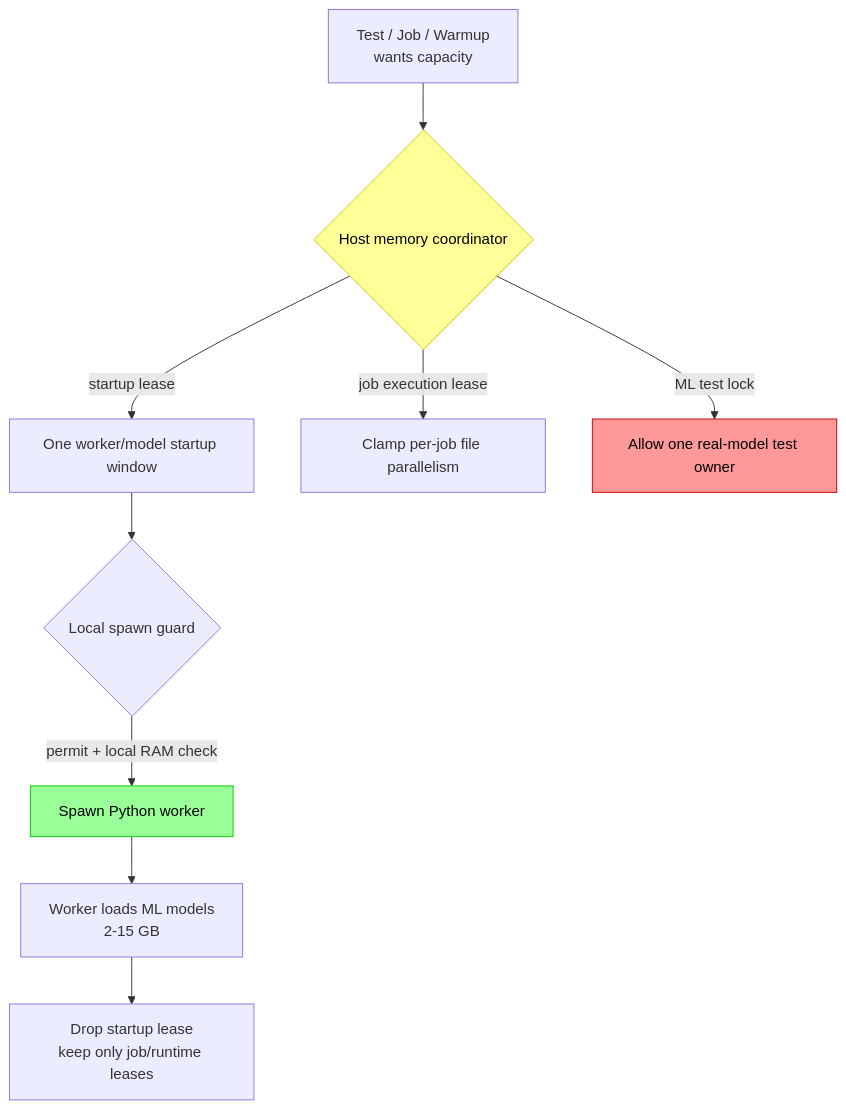
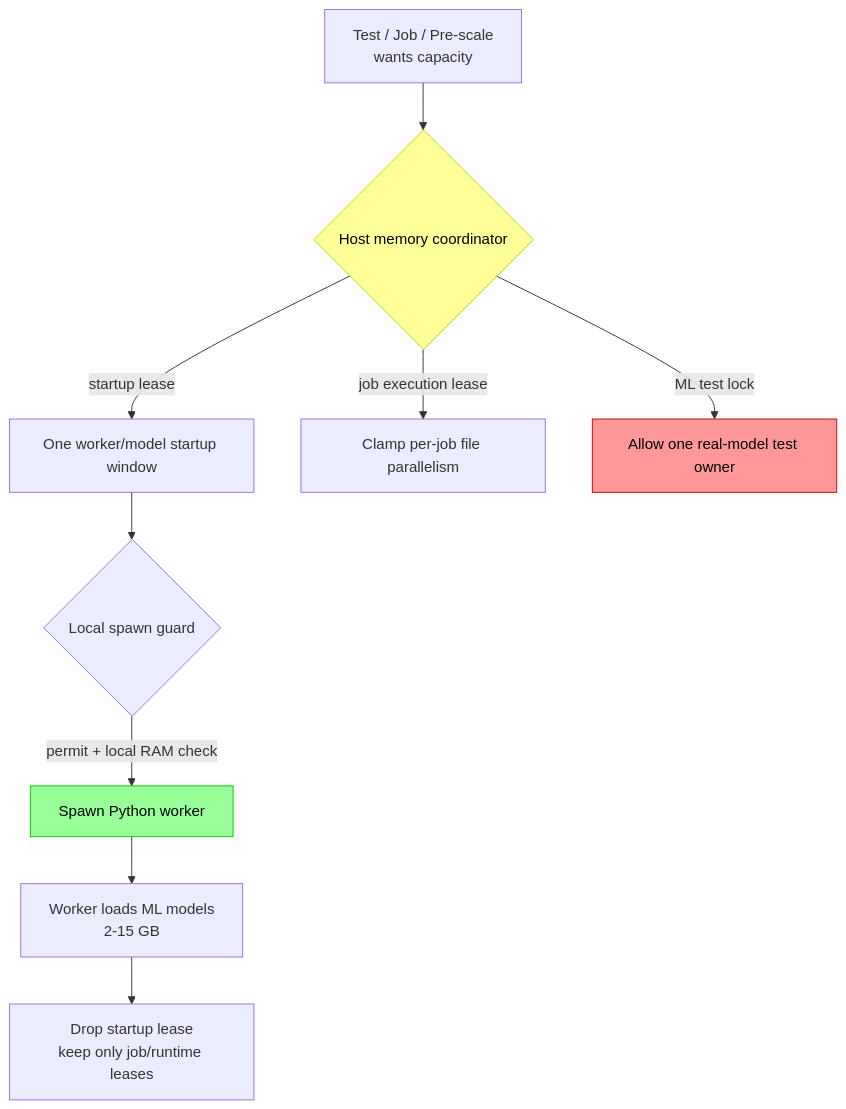
Before and after one commit to TalkBank/talkbank-tools: the first of 2 diagrams in book/src/batchalign/developer/memory-safety.md, drawn with Mermaid. The commit also changed other lines of this file and 141 other files, not shown here.

````diff
--- a/book/src/batchalign/developer/memory-safety.md
+++ b/book/src/batchalign/developer/memory-safety.md
@@ -21,15 +22,15 @@
 ```mermaid
 flowchart TD
-    A[Test / Job / Warmup<br>wants capacity] --> B{Host memory coordinator}
+    A[Test / Job / Pre-scale<br>wants capacity] --> B{Host memory coordinator}
     B -->|startup lease| C[One worker/model startup window]
     B -->|job execution lease| D[Clamp per-job file parallelism]
     B -->|ML test lock| E[Allow one real-model test owner]
     C --> F{Local spawn guard}
     F -->|permit + local RAM check| G[Spawn Python worker]
     G --> H[Worker loads ML models<br>2-15 GB]
     H --> I[Drop startup lease<br>keep only job/runtime leases]
 
     style B fill:#ff9,stroke:#cc0,color:#000
     style G fill:#9f9,stroke:#0c0,color:#000
     style E fill:#f99,stroke:#c00,color:#000
 ```
````
